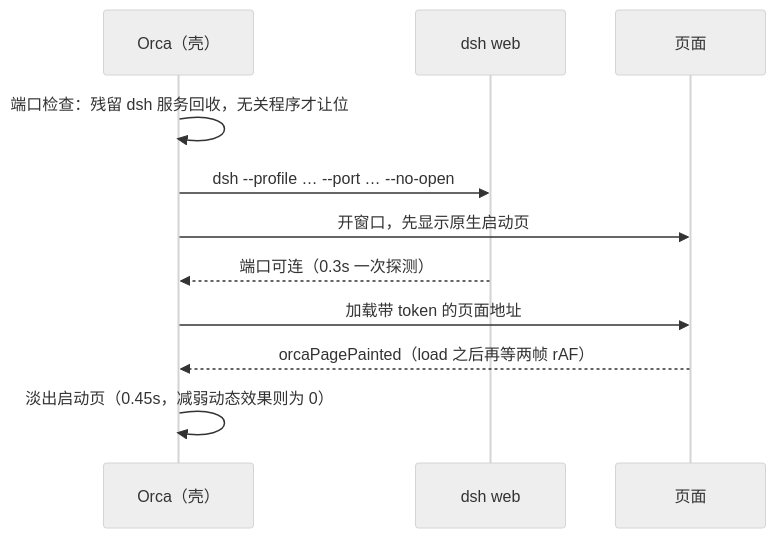
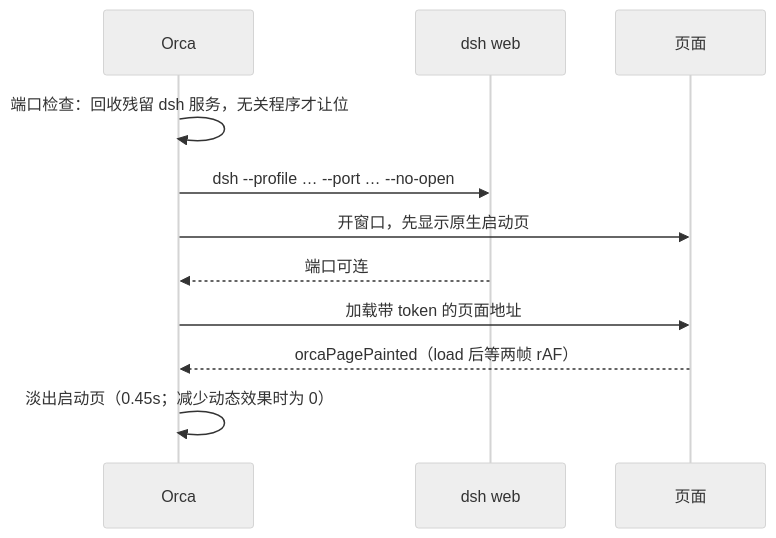
The diagram in README.md (lackie987/Orca), drawn with Mermaid (neutral theme) before and after one commit. The commit also changed other lines of this file, not shown here.

Commit message:
[文档] README 对齐图标跟随实现：Dock 磁贴只能靠重启、steady.icns 的三种条件、agent 安装归 build.sh

````diff
--- a/README.md
+++ b/README.md
@@ -73,13 +76,13 @@
 ```mermaid
 sequenceDiagram
-    participant 壳 as Orca（壳）
+    participant 壳 as Orca
     participant S as dsh web
     participant P as 页面
-    壳->>壳: 端口检查：残留 dsh 服务回收，无关程序才让位
+    壳->>壳: 端口检查：回收残留 dsh 服务，无关程序才让位
     壳->>S: dsh --profile … --port … --no-open
     壳->>P: 开窗口，先显示原生启动页
-    S-->>壳: 端口可连（0.3s 一次探测）
+    S-->>壳: 端口可连
     壳->>P: 加载带 token 的页面地址
-    P-->>壳: orcaPagePainted（load 之后再等两帧 rAF）
-    壳->>壳: 淡出启动页（0.45s，减弱动态效果则为 0）
+    P-->>壳: orcaPagePainted（load 后等两帧 rAF）
+    壳->>壳: 淡出启动页（0.45s；减少动态效果时为 0）
 ```
````
